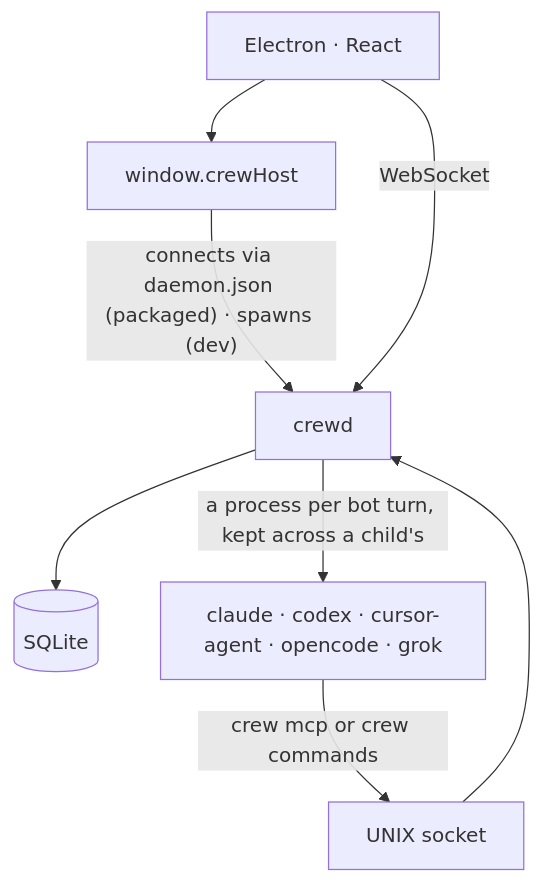
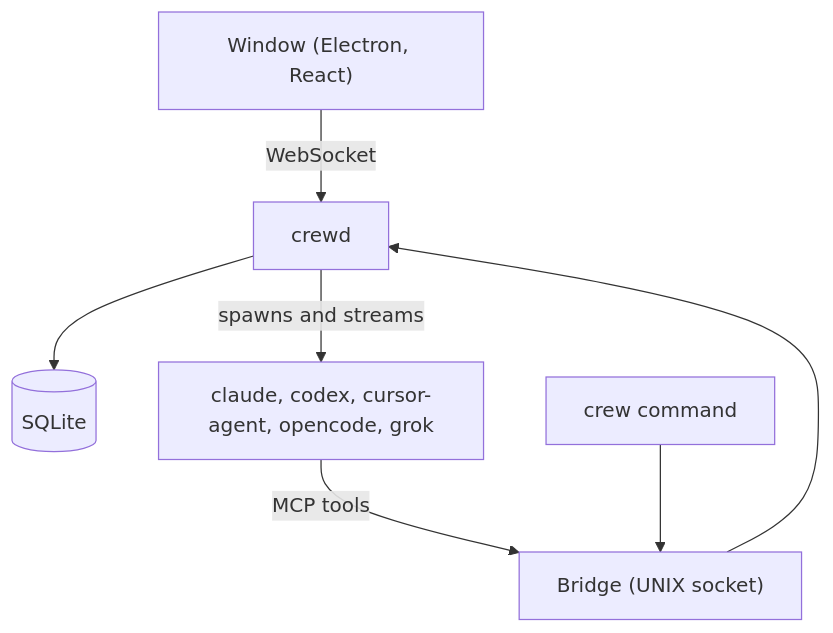
The first of 6 diagrams in docs/ARCHITECTURE.md (rogazth/crew), drawn with Mermaid before and after one commit. The commit also changed other lines of this file, not shown here.

Commit message:
docs: trim the architecture notes to the architecture and its diagrams

````diff
--- a/docs/ARCHITECTURE.md
+++ b/docs/ARCHITECTURE.md
@@ -27,17 +5,16 @@
 ```mermaid
 flowchart TB
-  UI["Electron · React"]
-  Host["window.crewHost"]
+  UI["Window (Electron, React)"]
   Daemon["crewd"]
   Store[("SQLite")]
-  CLI["claude · codex · cursor-agent · opencode · grok"]
-  Bridge["UNIX socket"]
+  CLI["claude, codex, cursor-agent, opencode, grok"]
+  Bridge["Bridge (UNIX socket)"]
+  User["crew command"]
 
-  UI --> Host
-  Host -->|"connects via daemon.json (packaged) · spawns (dev)"| Daemon
   UI -->|"WebSocket"| Daemon
   Daemon --> Store
-  Daemon -->|"a process per bot turn, kept across a child's"| CLI
-  CLI -->|"crew mcp or crew commands"| Bridge
+  Daemon -->|"spawns and streams"| CLI
+  CLI -->|"MCP tools"| Bridge
+  User --> Bridge
   Bridge --> Daemon
 ```
````
